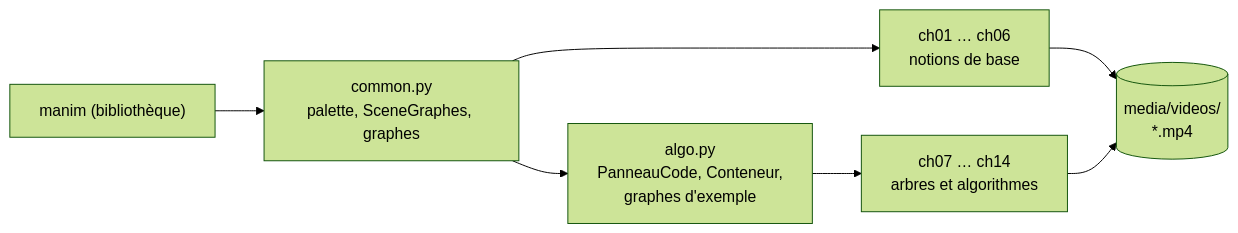
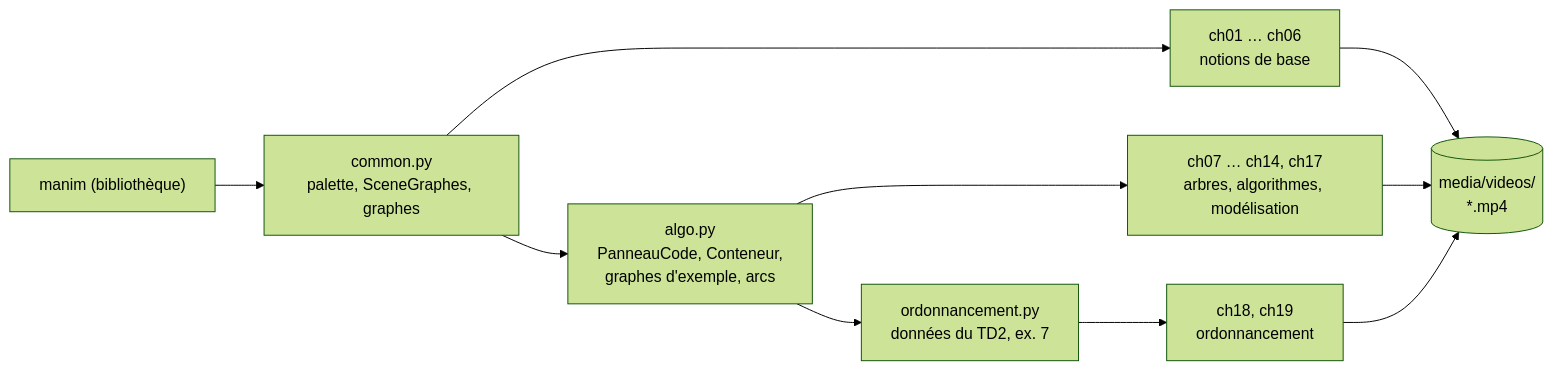
Before and after one commit to sikoso774/revisions-maths: the first of 2 diagrams in ARCHITECTURE.md, drawn with Mermaid (forest theme). The commit also changed other lines of this file and 10 other files, not shown here.

````diff
--- a/ARCHITECTURE.md
+++ b/ARCHITECTURE.md
@@ -9,9 +9,12 @@
 ```mermaid
 flowchart LR
     manim["manim (bibliothèque)"] --> common
     common["common.py<br/>palette, SceneGraphes, graphes"] --> c16["ch01 … ch06<br/>notions de base"]
     common --> algo
-    algo["algo.py<br/>PanneauCode, Conteneur,<br/>graphes d'exemple"] --> c714["ch07 … ch14<br/>arbres et algorithmes"]
+    algo["algo.py<br/>PanneauCode, Conteneur,<br/>graphes d'exemple, arcs"] --> c714["ch07 … ch14, ch17<br/>arbres, algorithmes, modélisation"]
+    algo --> ordo["ordonnancement.py<br/>données du TD2, ex. 7"]
+    ordo --> c1819["ch18, ch19<br/>ordonnancement"]
     c16 --> media[("media/videos/<br/>*.mp4")]
     c714 --> media
+    c1819 --> media
 ```
````
